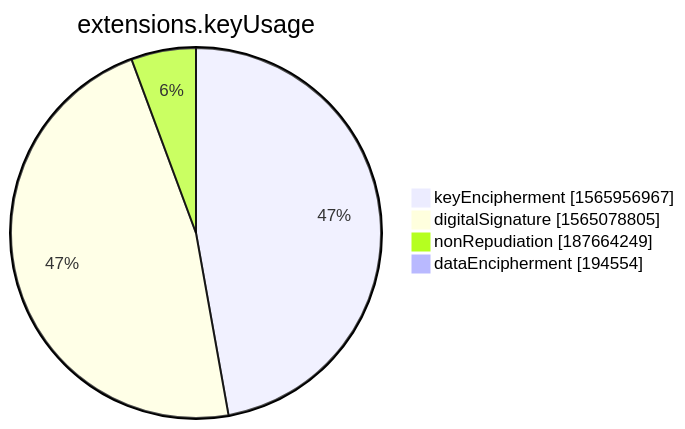
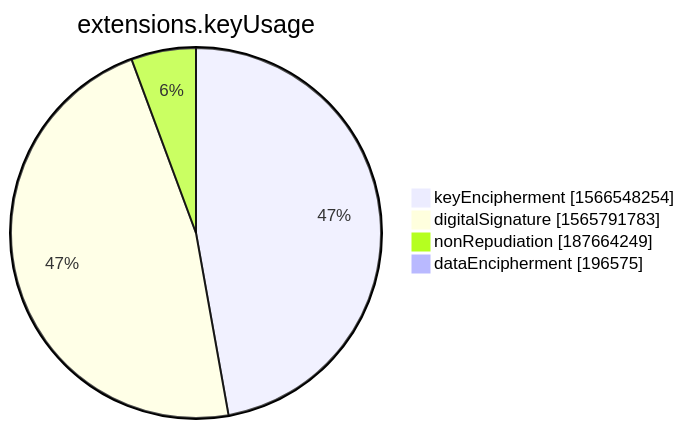
One commit to christiankrug/ctmonitor_visualization changed the seventh of 15 diagrams in xenon2022/README.md. Above: the diagram before and after it, drawn with Mermaid. The commit also changed other lines of this file, not shown here.

````diff
--- a/xenon2022/README.md
+++ b/xenon2022/README.md
@@ -2853,8 +2853,8 @@
 ```mermaid
 pie showData
 title extensions.keyUsage
-"keyEncipherment" :1565956967
-"digitalSignature" :1565078805
+"keyEncipherment" :1566548254
+"digitalSignature" :1565791783
 "nonRepudiation" :187664249
-"dataEncipherment" :194554
+"dataEncipherment" :196575
 ```
````
